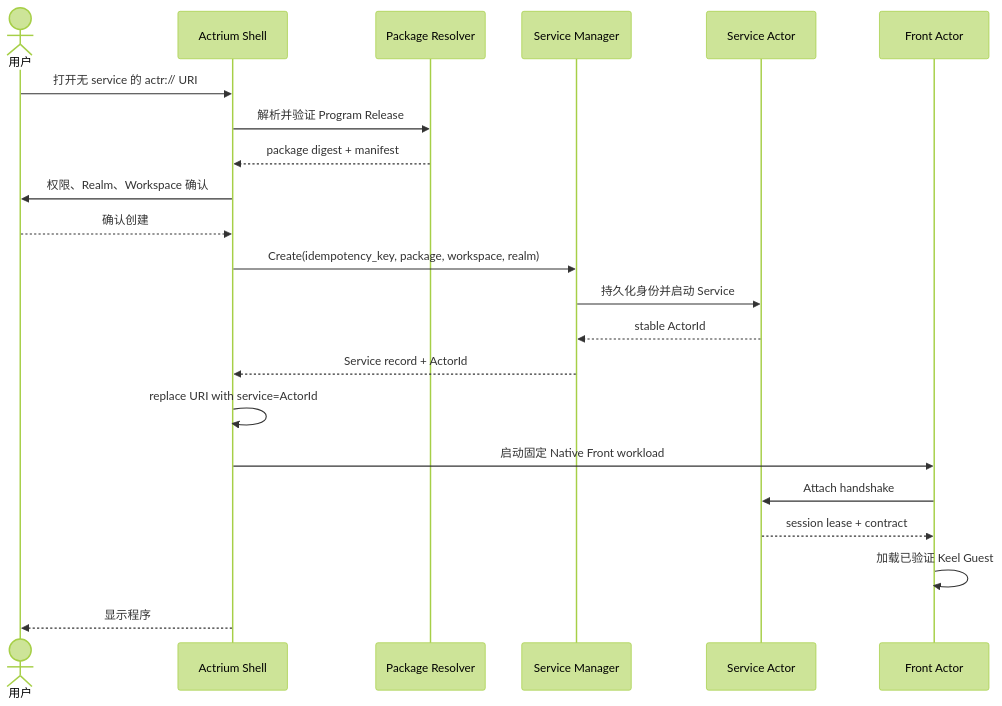
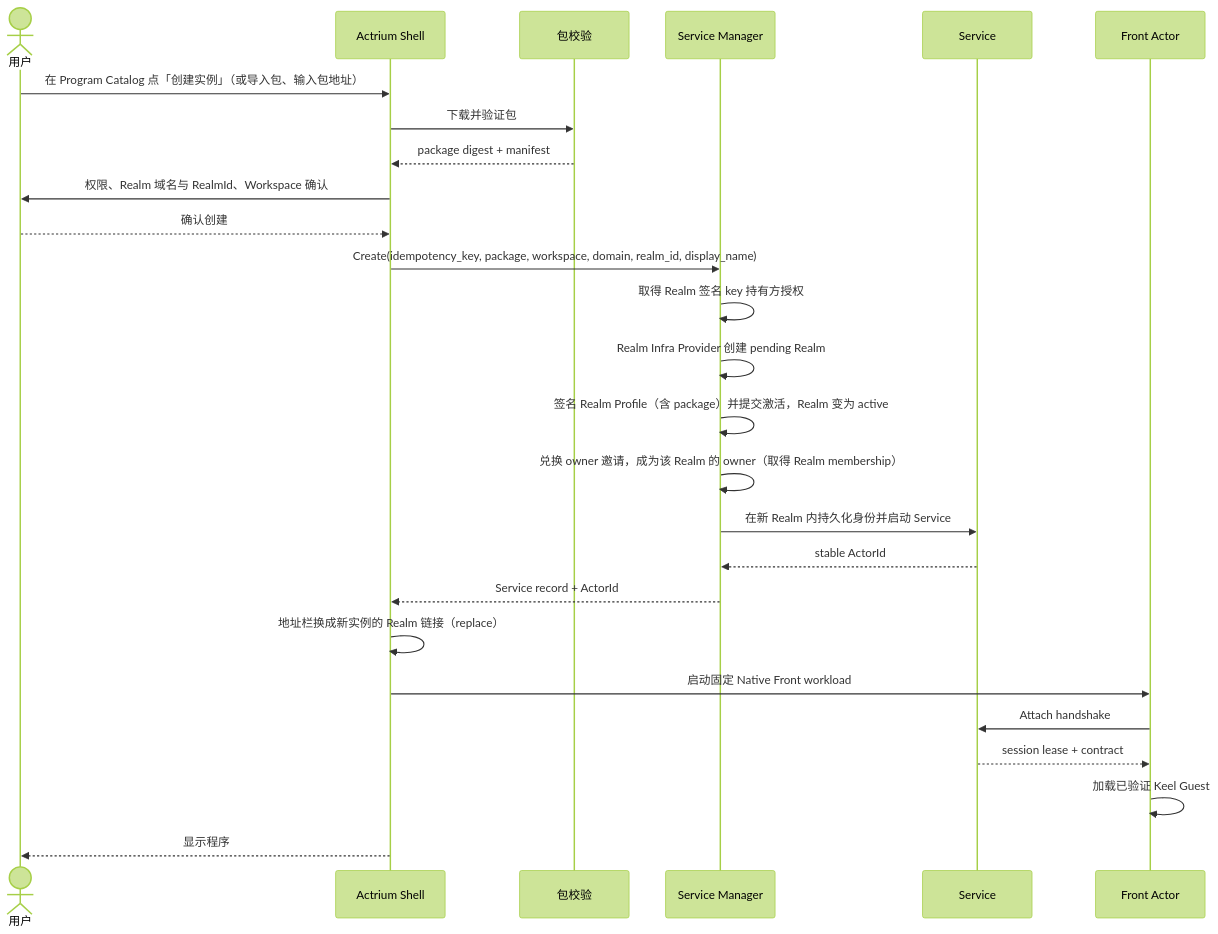
Before and after one commit to Actrium/actrium: the diagram in docs/product/actrium-v1/03-user-experience.zh.md, drawn with Mermaid (forest theme). The commit also changed other lines of this file and 895 other files, not shown here.

````diff
--- a/docs/product/actrium-v1/03-user-experience.zh.md
+++ b/docs/product/actrium-v1/03-user-experience.zh.md
@@ -122,25 +116,29 @@
 ```mermaid
 sequenceDiagram
     actor U as 用户
     participant A as Actrium Shell
-    participant P as Package Resolver
+    participant P as 包校验
     participant M as Service Manager
-    participant S as Service Actor
+    participant S as Service
     participant F as Front Actor
 
-    U->>A: 打开无 service 的 actr:// URI
-    A->>P: 解析并验证 Program Release
+    U->>A: 在 Program Catalog 点「创建实例」（或导入包、输入包地址）
+    A->>P: 下载并验证包
     P-->>A: package digest + manifest
-    A->>U: 权限、Realm、Workspace 确认
+    A->>U: 权限、Realm 域名与 RealmId、Workspace 确认
     U-->>A: 确认创建
-    A->>M: Create(idempotency_key, package, workspace, realm)
-    M->>S: 持久化身份并启动 Service
+    A->>M: Create(idempotency_key, package, workspace, domain, realm_id, display_name)
+    M->>M: 取得 Realm 签名 key 持有方授权
+    M->>M: Realm Infra Provider 创建 pending Realm
+    M->>M: 签名 Realm Profile（含 package）并提交激活，Realm 变为 active
+    M->>M: 兑换 owner 邀请，成为该 Realm 的 owner（取得 Realm membership）
+    M->>S: 在新 Realm 内持久化身份并启动 Service
     S-->>M: stable ActorId
     M-->>A: Service record + ActorId
-    A->>A: replace URI with service=ActorId
+    A->>A: 地址栏换成新实例的 Realm 链接（replace）
     A->>F: 启动固定 Native Front workload
     F->>S: Attach handshake
     S-->>F: session lease + contract
     F->>F: 加载已验证 Keel Guest
     A-->>U: 显示程序
 ```
````
